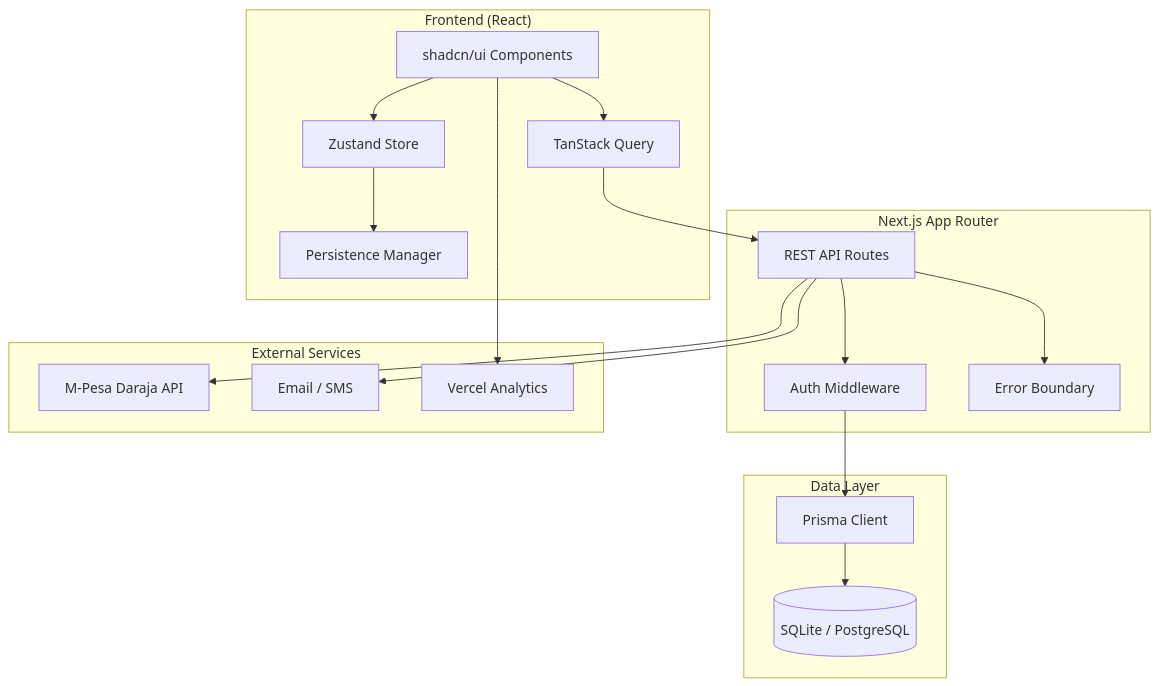
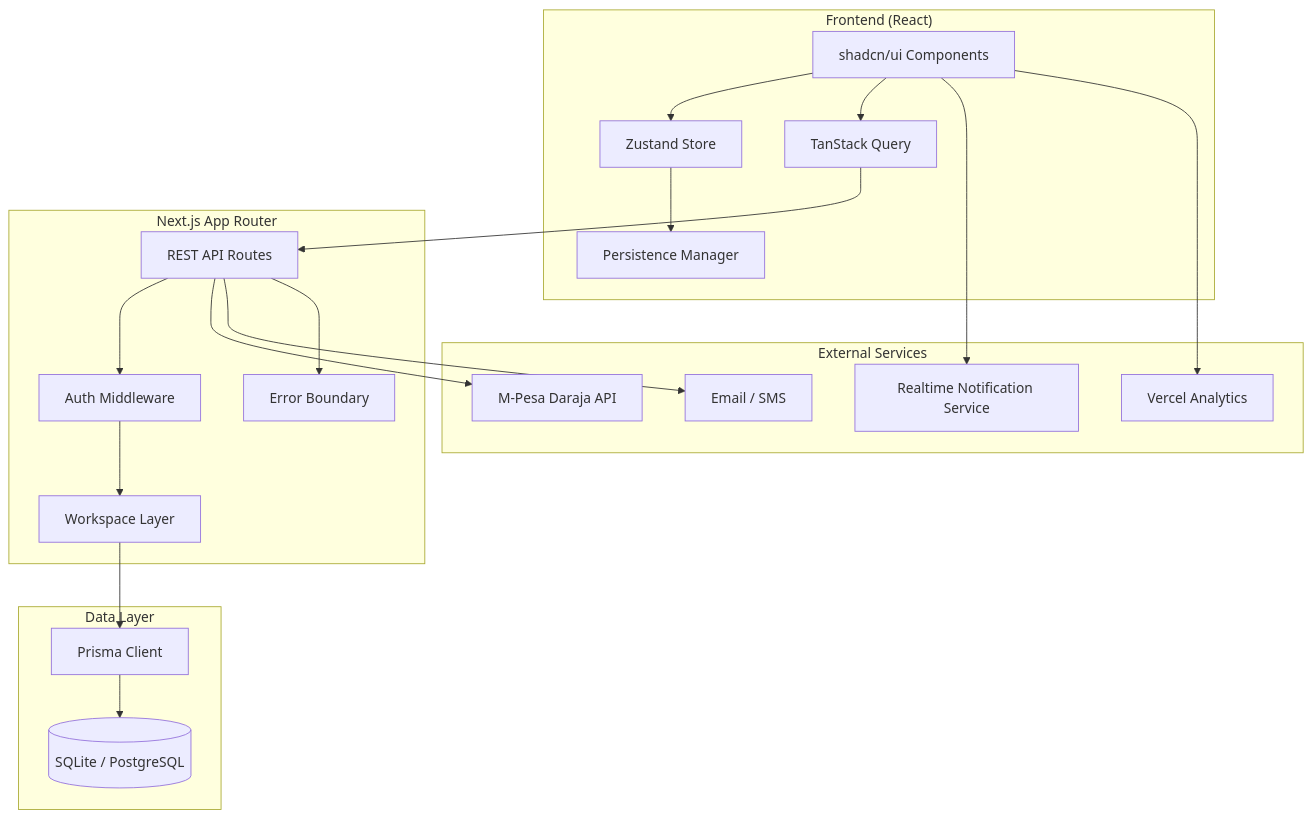
One commit to bucky-ops/mbumah-hardware-pos changed the diagram in docs/architecture.md. Above: the diagram before and after it, drawn with Mermaid. The commit also changed other lines of this file and 12 other files, not shown here.

````diff
--- a/docs/architecture.md
+++ b/docs/architecture.md
@@ -7,38 +9,42 @@
 ```mermaid
 graph TB
     subgraph Client ["Frontend (React)"]
         UI[shadcn/ui Components]
         ZS[Zustand Store]
         RQ[TanStack Query]
         PM[Persistence Manager]
     end
 
     subgraph Server ["Next.js App Router"]
         API[REST API Routes]
         MW[Auth Middleware]
         EB[Error Boundary]
+        WS[Workspace Layer]
     end
 
     subgraph Services ["External Services"]
         MP[M-Pesa Daraja API]
         EM[Email / SMS]
         VA[Vercel Analytics]
+        RT[Realtime Notification Service]
     end
 
     subgraph Data ["Data Layer"]
         PC[Prisma Client]
         DB[(SQLite / PostgreSQL)]
     end
 
     UI --> ZS
     UI --> RQ
     ZS --> PM
     RQ --> API
     API --> MW
-    MW --> PC
+    MW --> WS
+    WS --> PC
     PC --> DB
     API --> MP
     API --> EM
+    UI --> RT
     UI --> VA
     API --> EB
 ```
````
